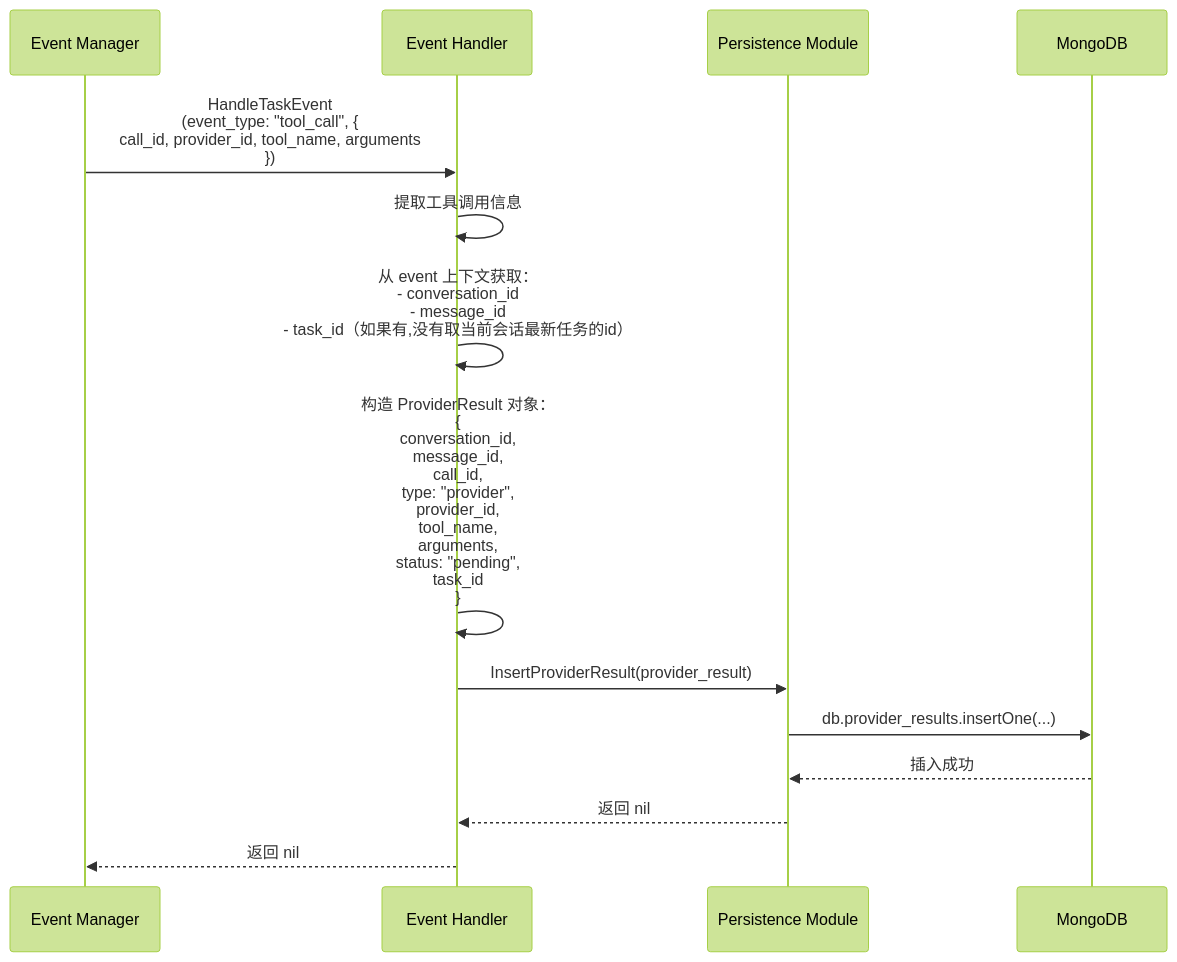
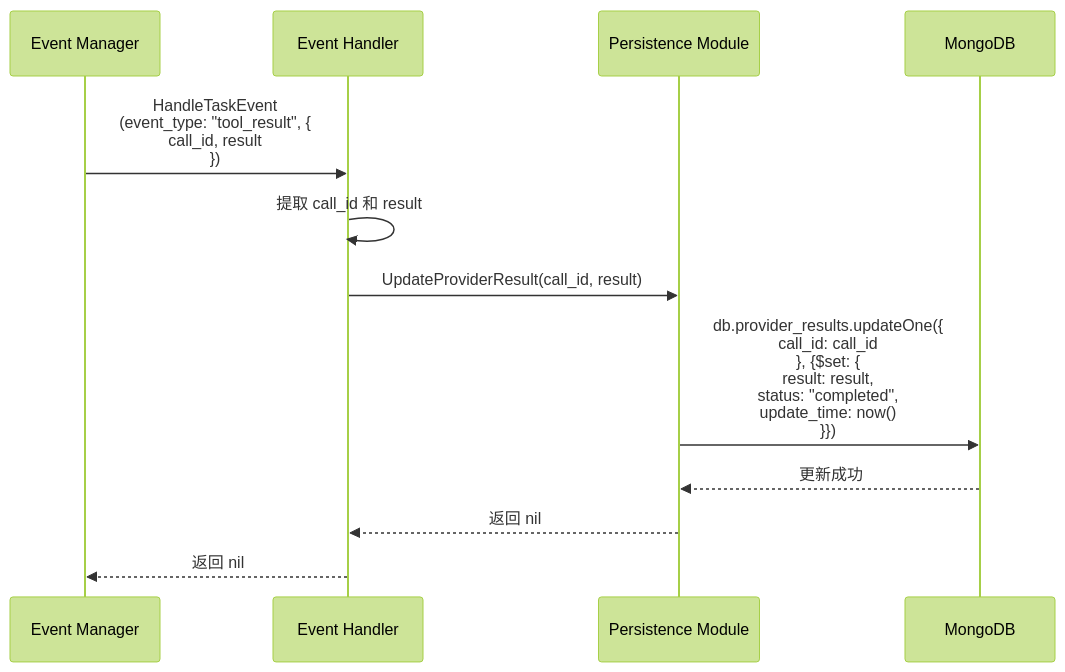
The diagram in all/未命名-10.md (yingjianzh/iodraw-files), drawn with Mermaid (forest theme) before and after one commit.

Commit message:
2025-12-25 11:28:11 update

````diff
--- a/all/未命名-10.md
+++ b/all/未命名-10.md
@@ -1,22 +1,18 @@
 ```mermaid
 sequenceDiagram
     participant EM as Event Manager
     participant EH as Event Handler
     participant Persist as Persistence Module
     participant DB as MongoDB
 
-    EM->>EH: HandleTaskEvent<br/>(event_type: "tool_call", {<br/>  call_id, provider_id, tool_name, arguments<br/>})
+    EM->>EH: HandleTaskEvent<br/>(event_type: "tool_result", {<br/>  call_id, result<br/>})
     
-    EH->>EH: 提取工具调用信息
+    EH->>EH: 提取 call_id 和 result
     
-    EH->>EH: 从 event 上下文获取：<br/>- conversation_id<br/>- message_id<br/>- task_id（如果有,没有取当前会话最新任务的id）
-    
-    EH->>EH: 构造 ProviderResult 对象：<br/>{<br/>  conversation_id,<br/>  message_id,<br/>  call_id,<br/>  type: "provider",<br/>  provider_id,<br/>  tool_name,<br/>  arguments,<br/>  status: "pending",<br/>  task_id<br/>}
-    
-    EH->>Persist: InsertProviderResult(provider_result)
-    Persist->>DB: db.provider_results.insertOne(...)
-    DB-->>Persist: 插入成功
+    EH->>Persist: UpdateProviderResult(call_id, result)
+    Persist->>DB: db.provider_results.updateOne({<br/>  call_id: call_id<br/>}, {$set: {<br/>  result: result,<br/>  status: "completed",<br/>  update_time: now()<br/>}})
+    DB-->>Persist: 更新成功
     
     Persist-->>EH: 返回 nil
     EH-->>EM: 返回 nil
 ```
````
